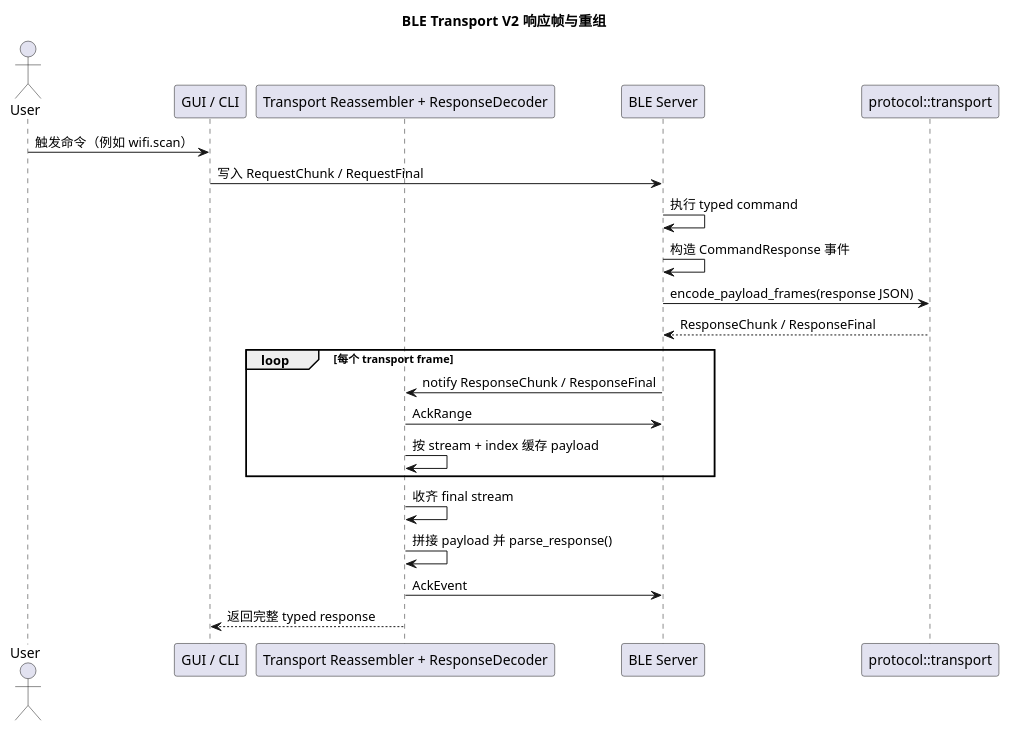
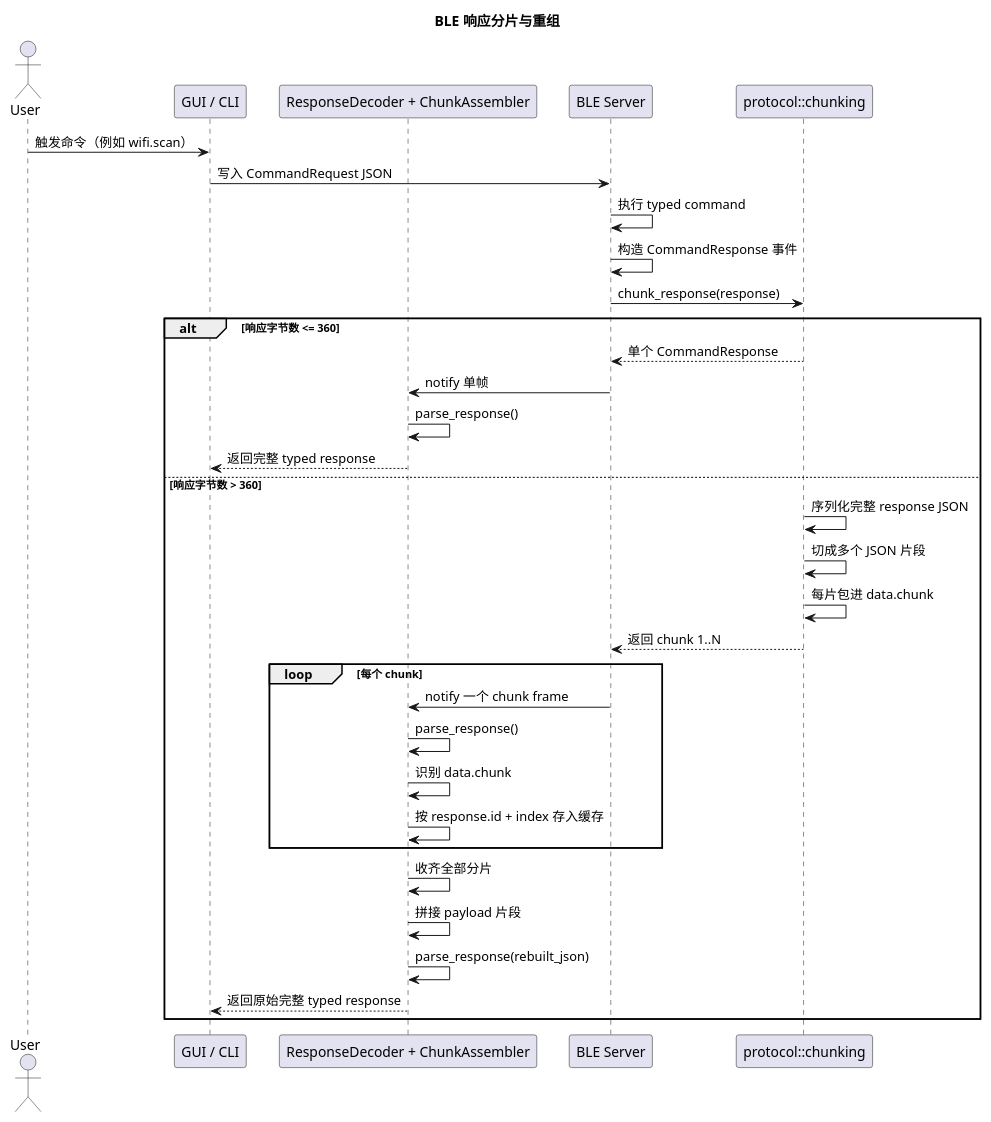
The diagram in docs/MTU_CHUNKING_ZH.md (GrooveWJH/ble-command-gateway), drawn with PlantUML before and after one commit. The commit also changed other lines of this file and 39 other files, not shown here.

First line of the commit message:
fix(ble): 回退主线传输到 360B JSON MTU

````diff
--- a/docs/MTU_CHUNKING_ZH.md
+++ b/docs/MTU_CHUNKING_ZH.md
@@ -239,30 +203,42 @@
 ```plantuml
 @startuml
-title BLE Transport V2 响应帧与重组
+title BLE 响应分片与重组
 
 actor User
 participant GUI as "GUI / CLI"
-participant Client as "Transport Reassembler + ResponseDecoder"
+participant Client as "ResponseDecoder + ChunkAssembler"
 participant Server as "BLE Server"
-participant Transport as "protocol::transport"
+participant Protocol as "protocol::chunking"
 
 User -> GUI: 触发命令（例如 wifi.scan）
-GUI -> Server: 写入 RequestChunk / RequestFinal
+GUI -> Server: 写入 CommandRequest JSON
 Server -> Server: 执行 typed command
 Server -> Server: 构造 CommandResponse 事件
-Server -> Transport: encode_payload_frames(response JSON)
-Transport --> Server: ResponseChunk / ResponseFinal
+Server -> Protocol: chunk_response(response)
 
-loop 每个 transport frame
-    Server -> Client: notify ResponseChunk / ResponseFinal
-    Client -> Server: AckRange
-    Client -> Client: 按 stream + index 缓存 payload
+alt 响应字节数 <= 360
+    Protocol --> Server: 单个 CommandResponse
+    Server -> Client: notify 单帧
+    Client -> Client: parse_response()
+    Client --> GUI: 返回完整 typed response
+else 响应字节数 > 360
+    Protocol -> Protocol: 序列化完整 response JSON
+    Protocol -> Protocol: 切成多个 JSON 片段
+    Protocol -> Protocol: 每片包进 data.chunk
+    Protocol --> Server: 返回 chunk 1..N
+
+    loop 每个 chunk
+        Server -> Client: notify 一个 chunk frame
+        Client -> Client: parse_response()
+        Client -> Client: 识别 data.chunk
+        Client -> Client: 按 response.id + index 存入缓存
+    end
+
+    Client -> Client: 收齐全部分片
+    Client -> Client: 拼接 payload 片段
+    Client -> Client: parse_response(rebuilt_json)
+    Client --> GUI: 返回原始完整 typed response
 end
-
-Client -> Client: 收齐 final stream
-Client -> Client: 拼接 payload 并 parse_response()
-Client -> Server: AckEvent
-Client --> GUI: 返回完整 typed response
 
 @enduml
 ```
````
